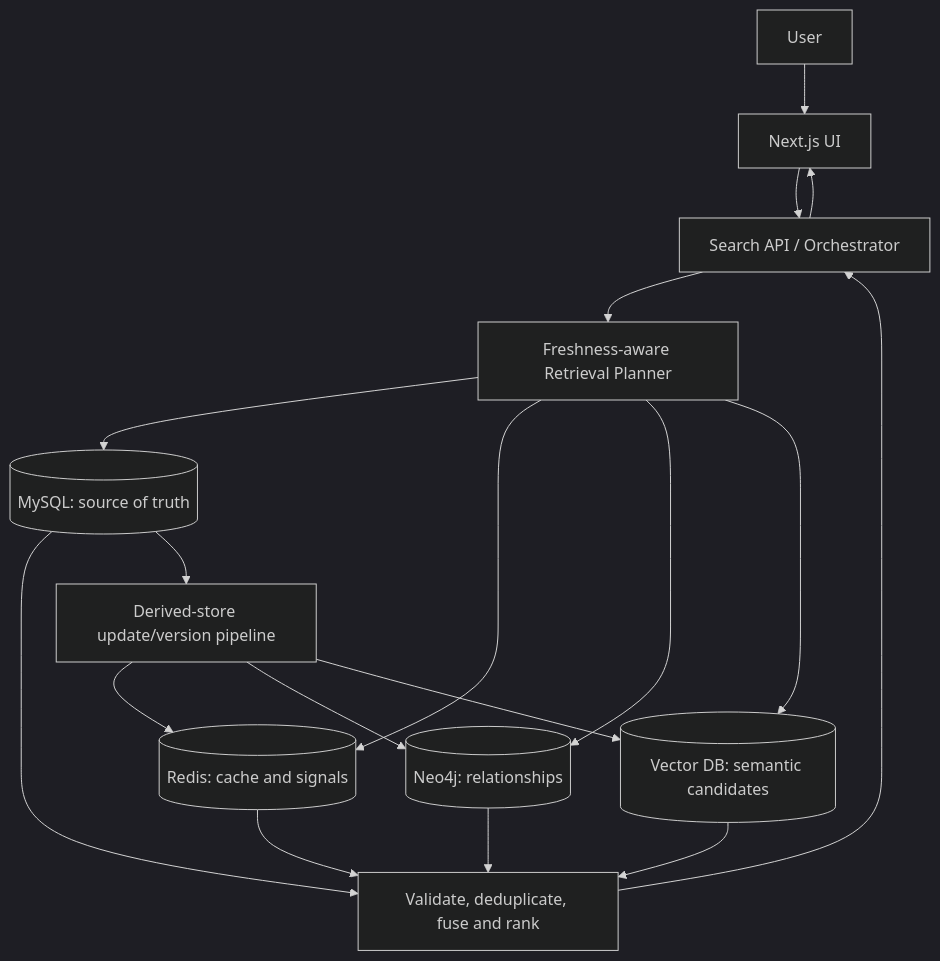
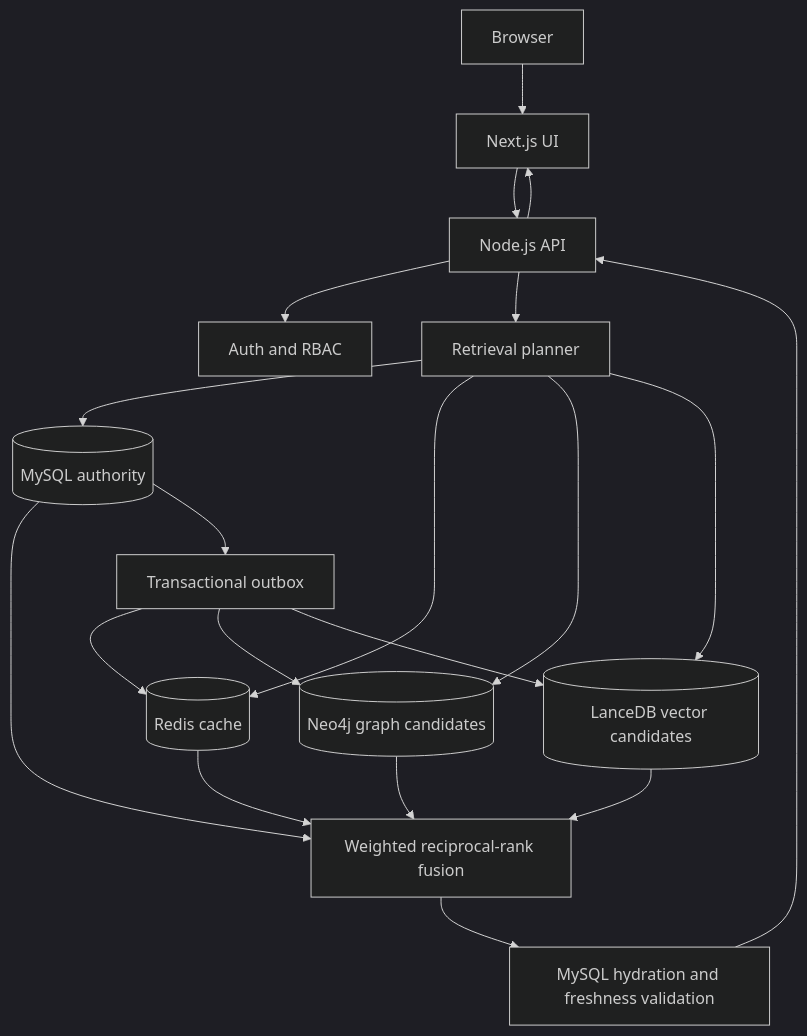
One commit to Rohith-S636/polyfind changed the diagram in docs/ARCHITECTURE.md. Above: the diagram before and after it, drawn with Mermaid (dark theme). The commit also changed other lines of this file, not shown here.

Commit message:
docs: replace superseded architecture draft with implemented topology

````diff
--- a/docs/ARCHITECTURE.md
+++ b/docs/ARCHITECTURE.md
@@ -14,20 +21,22 @@
 ```mermaid
 flowchart TD
-    U[User] --> WEB[Next.js UI]
-    WEB --> API[Search API / Orchestrator]
-    API --> PLAN[Freshness-aware Retrieval Planner]
-    PLAN --> SQL[(MySQL: source of truth)]
-    PLAN --> CACHE[(Redis: cache and signals)]
-    PLAN --> GRAPH[(Neo4j: relationships)]
-    PLAN --> VEC[(Vector DB: semantic candidates)]
-    SQL --> FUSE[Validate, deduplicate, fuse and rank]
-    CACHE --> FUSE
-    GRAPH --> FUSE
-    VEC --> FUSE
-    FUSE --> API
+    U[Browser] --> WEB[Next.js UI]
+    WEB --> API[Node.js API]
+    API --> AUTH[Auth and RBAC]
+    API --> PLAN[Retrieval planner]
+    PLAN --> SQL[(MySQL authority)]
+    PLAN --> REDIS[(Redis cache)]
+    PLAN --> NEO[(Neo4j graph candidates)]
+    PLAN --> LANCE[(LanceDB vector candidates)]
+    SQL --> FUSE[Weighted reciprocal-rank fusion]
+    REDIS --> FUSE
+    NEO --> FUSE
+    LANCE --> FUSE
+    FUSE --> VALIDATE[MySQL hydration and freshness validation]
+    VALIDATE --> API
     API --> WEB
-    SQL --> SYNC[Derived-store update/version pipeline]
-    SYNC --> CACHE
-    SYNC --> GRAPH
-    SYNC --> VEC
+    SQL --> OUTBOX[Transactional outbox]
+    OUTBOX --> REDIS
+    OUTBOX --> NEO
+    OUTBOX --> LANCE
 ```
````
